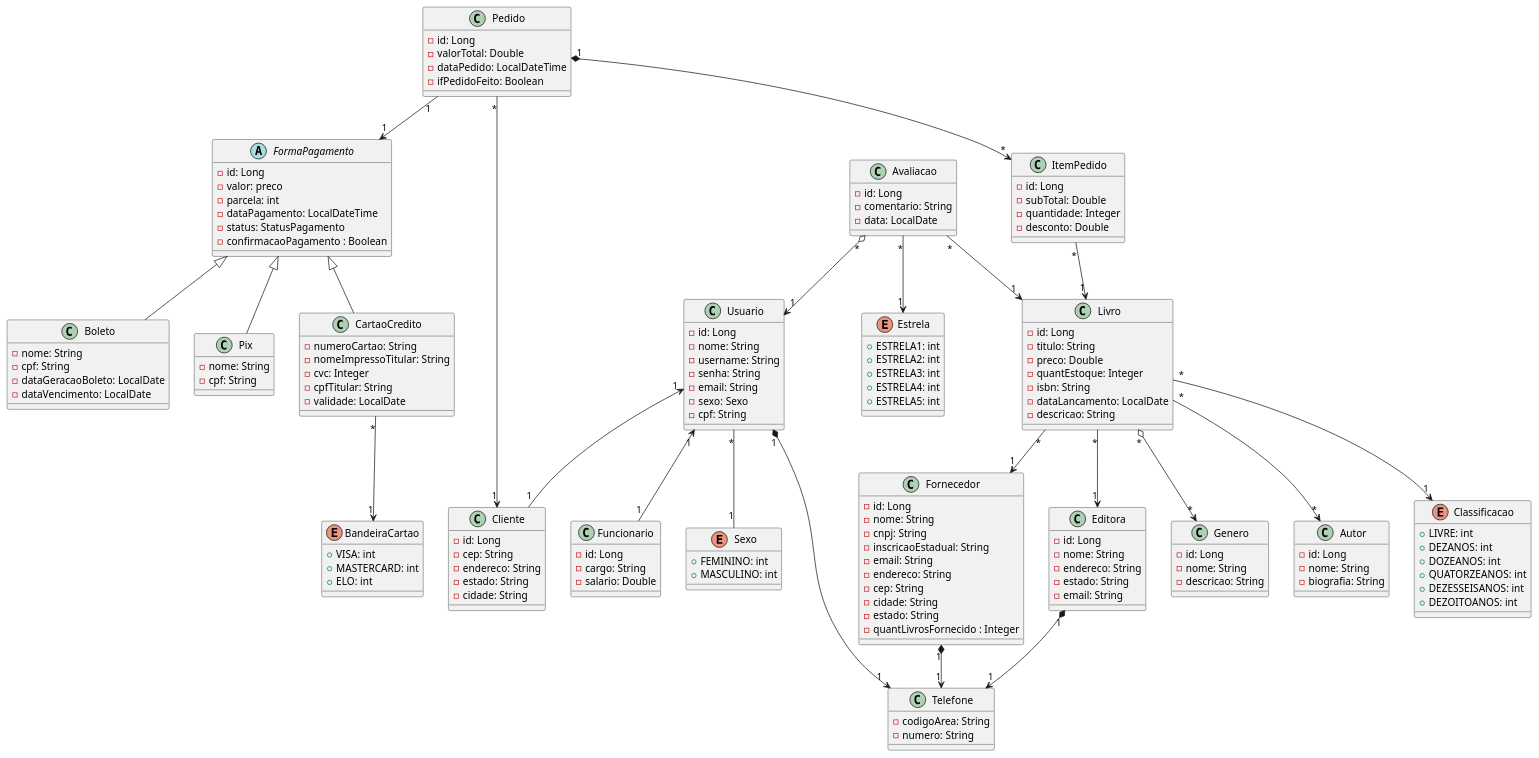
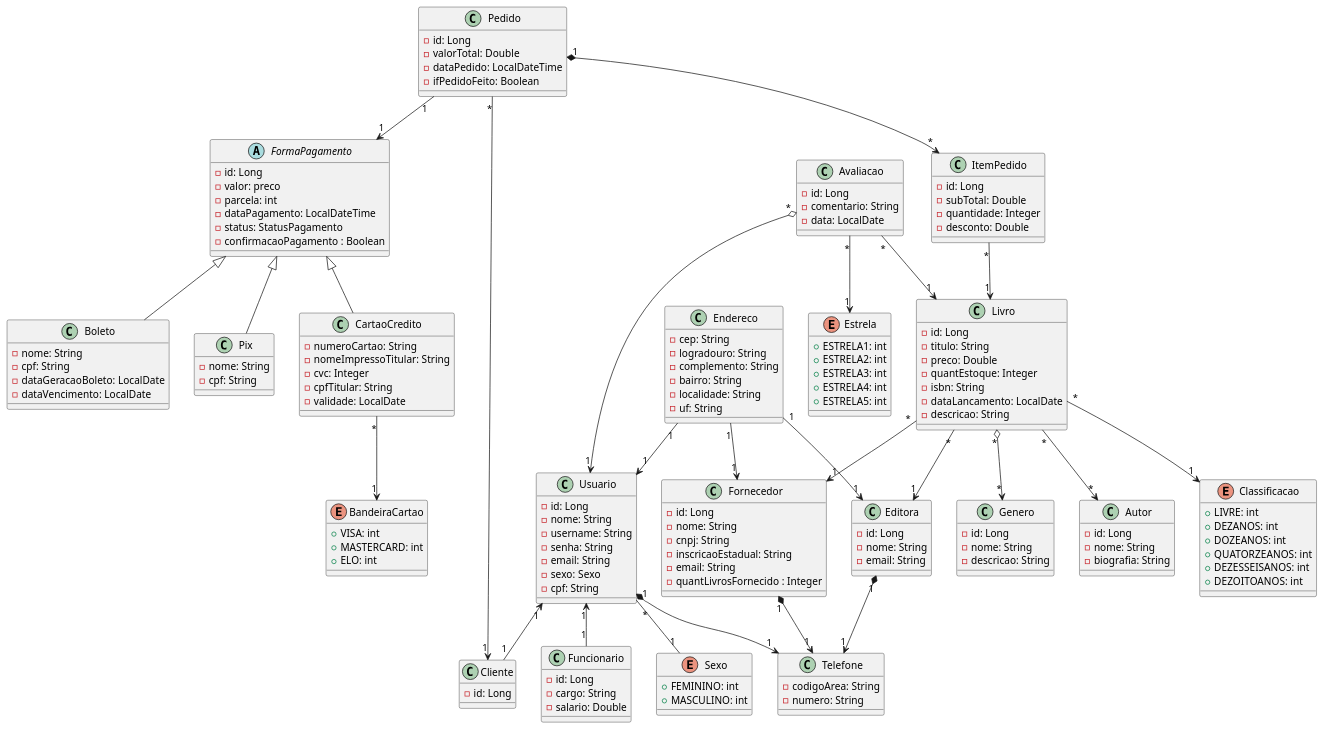
The diagram in src/main/resources/docs/uml.plantuml (KethelenParra/TP2-backend), drawn with PlantUML before and after one commit.

Commit message:
adicionando endereço

```diff
--- a/src/main/resources/docs/uml.plantuml
+++ b/src/main/resources/docs/uml.plantuml
@@ -1,186 +1,189 @@
   @startuml uml_ecommerce_livro
 
   class Usuario {
     - id: Long
     - nome: String
     - username: String
     - senha: String
     - email: String
     - sexo: Sexo
     - cpf: String
 
   }
 
   class Cliente{
     - id: Long
-    - cep: String
-    - endereco: String
-    - estado: String
-    - cidade: String
   }
 
   class Funcionario {
     - id: Long
     - cargo: String
     - salario: Double
   }
 
   enum Sexo{
     + FEMININO: int
     + MASCULINO: int
   }
 
   class Livro {
     - id: Long
     - titulo: String
     - preco: Double
     - quantEstoque: Integer
     - isbn: String
     - dataLancamento: LocalDate
     - descricao: String
   }
 
   class Genero{
     - id: Long
     - nome: String
     - descricao: String
   }
 
   class Autor{
     - id: Long
     - nome: String
     - biografia: String
   }
 
   class Fornecedor{
     - id: Long
     - nome: String
     - cnpj: String
     - inscricaoEstadual: String
     - email: String
-    - endereco: String
+    - quantLivrosFornecido : Integer
+  }
+
+  class Endereco {
     - cep: String
-    - cidade: String
-    - estado: String
-    - quantLivrosFornecido : Integer
+    - logradouro: String
+    - complemento: String
+    - bairro: String
+    - localidade: String
+    - uf: String
   }
 
   enum Classificacao{
     + LIVRE: int
     + DEZANOS: int
     + DOZEANOS: int
     + QUATORZEANOS: int
     + DEZESSEISANOS: int
     + DEZOITOANOS: int
   }
 
   class Editora {
     - id: Long
     - nome: String
-    - endereco: String
-    - estado: String
     - email: String
   }
 
   class Telefone{
     - codigoArea: String
     - numero: String
   }
 
   class Pedido{
     - id: Long
     - valorTotal: Double
     - dataPedido: LocalDateTime
     - ifPedidoFeito: Boolean
   }
 
   class ItemPedido{
     - id: Long
     - subTotal: Double
     - quantidade: Integer
     - desconto: Double
   }
 
   abstract class FormaPagamento{
     - id: Long
     - valor: preco
     - parcela: int
     - dataPagamento: LocalDateTime
     - status: StatusPagamento
     - confirmacaoPagamento : Boolean
   }
 
   class Boleto {
     - nome: String
     - cpf: String
     - dataGeracaoBoleto: LocalDate
     - dataVencimento: LocalDate
   }
 
   class Pix {
     - nome: String
     - cpf: String
   }
 
   class CartaoCredito {
     - numeroCartao: String
     - nomeImpressoTitular: String
     - cvc: Integer
     - cpfTitular: String
     - validade: LocalDate
 
   }
 
   enum BandeiraCartao {
     + VISA: int
     + MASTERCARD: int
     + ELO: int
   }
 
   class Avaliacao {
     - id: Long
     - comentario: String
     - data: LocalDate
  }
 
   enum Estrela {
     + ESTRELA1: int
     + ESTRELA2: int
     + ESTRELA3: int
     + ESTRELA4: int
     + ESTRELA5: int
   }
 
   Usuario "1" <-- "1" Cliente
   Usuario "1" <-- "1" Funcionario
   Usuario "*" -- "1" Sexo
   Usuario "1" *--> "1" Telefone
 
   Livro "*" o--> "*" Genero
   Livro "*" --> "*" Autor
   Livro "*" --> "1" Fornecedor
   Livro "*" --> "1" Editora
   Livro "*" --> "1" Classificacao
 
   Editora "1" *--> "1" Telefone
   Fornecedor "1" *--> "1" Telefone
 
   Pedido "*" --> "1" Cliente
   Pedido "1" *--> "*" ItemPedido
 
   ItemPedido "*" --> "1" Livro
 
   Pedido "1" --> "1" FormaPagamento
 
   Boleto -up-|> FormaPagamento
 
   Pix -up-|> FormaPagamento
 
   CartaoCredito -up-|> FormaPagamento
   CartaoCredito "*" --> "1" BandeiraCartao
 
   Avaliacao "*" --> "1" Estrela
   Avaliacao "*" o--> "1" Usuario
   Avaliacao "*" --> "1" Livro
 
+  Endereco "1" --> "1" Usuario
+  Endereco "1" --> "1" Fornecedor
+  Endereco "1" --> "1" Editora
+
   @enduml
```
